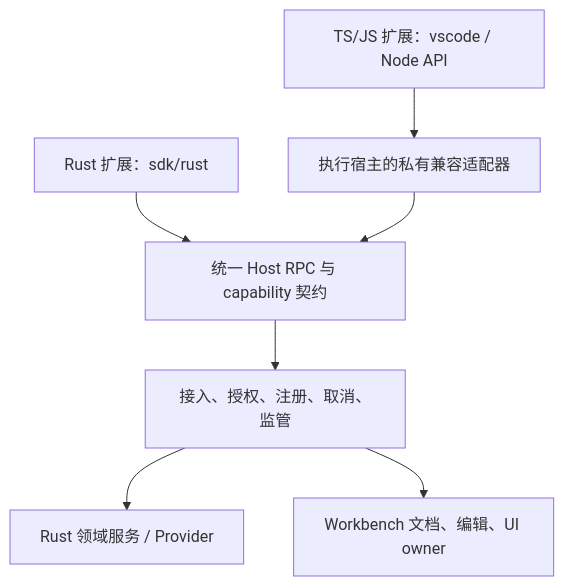
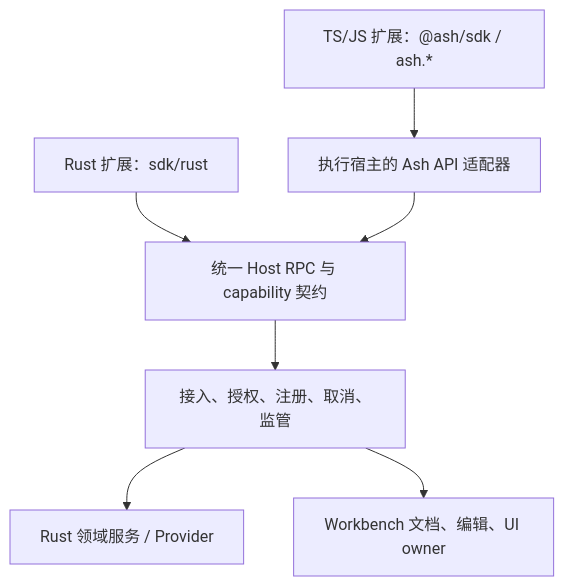
Before and after one commit to chogng/ash: the third of 5 diagrams in docs/editor-extensions.md, drawn with Mermaid. The commit also changed other lines of this file and 188 other files, not shown here.

First line of the commit message:
feat(extensions): establish Ash SDK and reliable SCM execution

````diff
--- a/docs/editor-extensions.md
+++ b/docs/editor-extensions.md
@@ -445,9 +447,9 @@
 ```mermaid
 flowchart TD
-    js["TS/JS 扩展：vscode / Node API"] --> adapter["执行宿主的私有兼容适配器"]
+    js["TS/JS 扩展：@ash/sdk / ash.*"] --> adapter["执行宿主的 Ash API 适配器"]
     rs["Rust 扩展：sdk/rust"] --> rpc["统一 Host RPC 与 capability 契约"]
     adapter --> rpc
     rpc --> supervisor["接入、授权、注册、取消、监管"]
     supervisor --> backend["Rust 领域服务 / Provider"]
     supervisor --> workbench["Workbench 文档、编辑、UI owner"]
 ```
````
